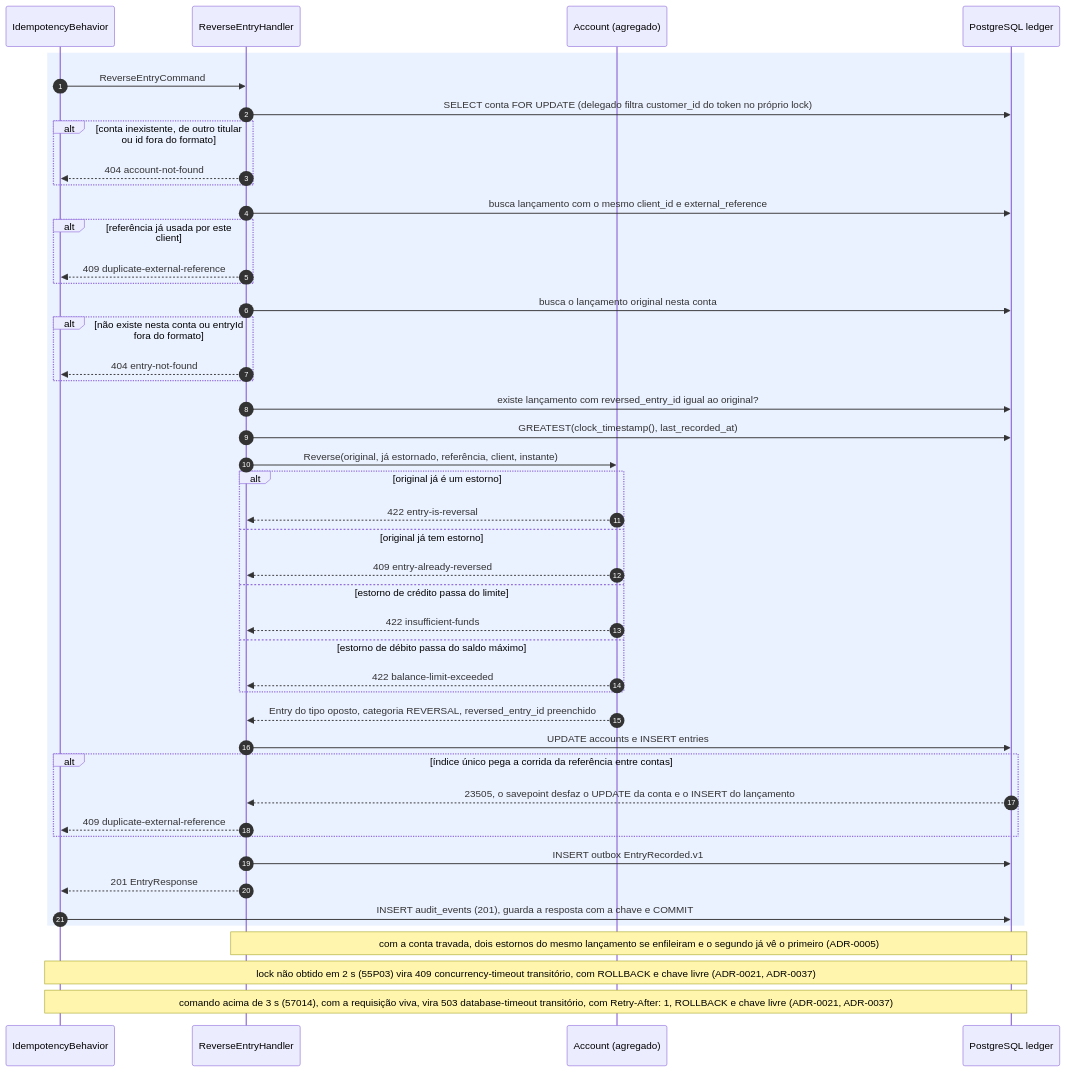
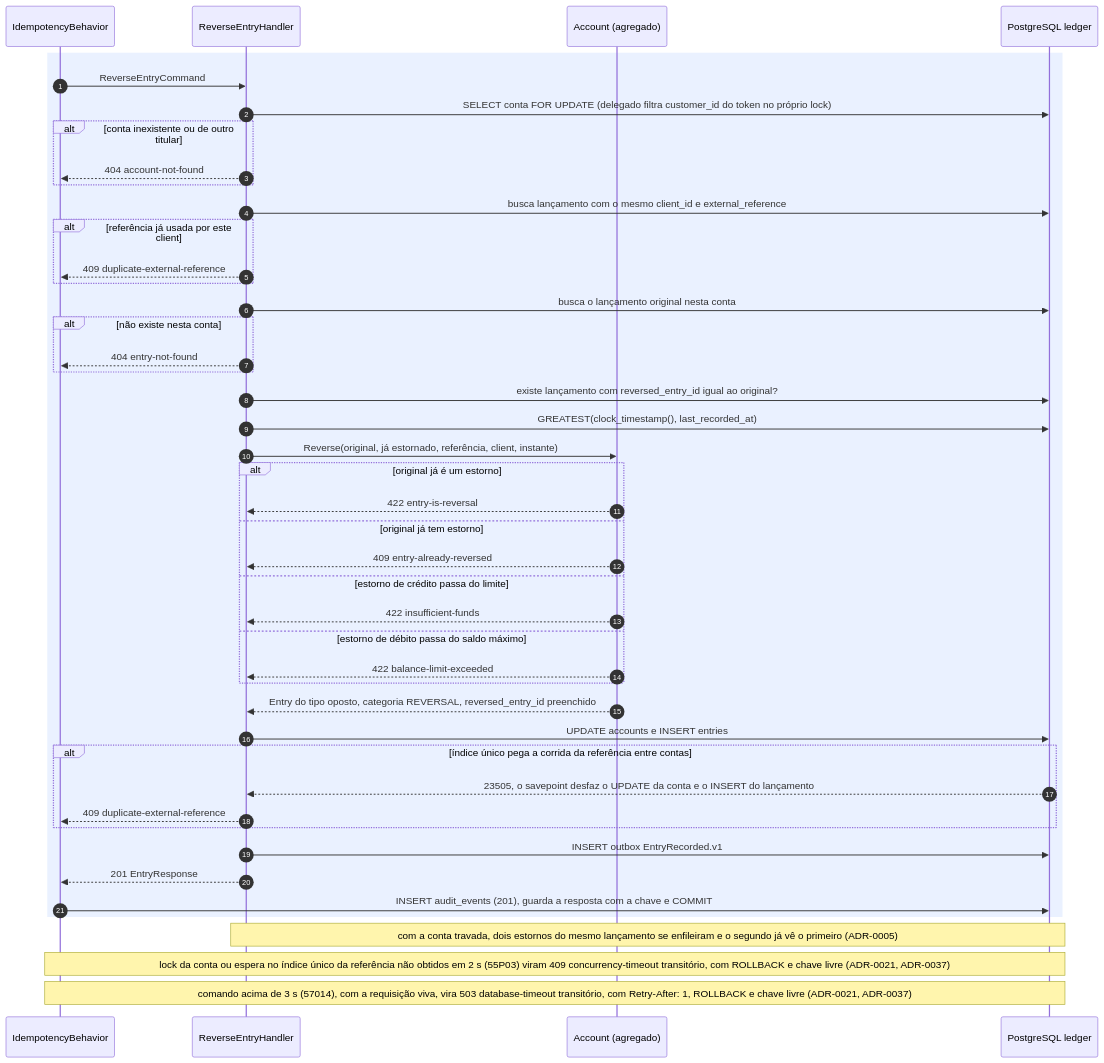
One commit to arthuurw/desafio-arquiteto-keyrus changed the second of 8 diagrams in docs/arquitetura/fluxos-ledger.md. Above: the diagram before and after it, drawn with Mermaid. The commit also changed other lines of this file and 8 other files, not shown here.

````diff
--- a/docs/arquitetura/fluxos-ledger.md
+++ b/docs/arquitetura/fluxos-ledger.md
@@ -76,48 +77,48 @@
 ```mermaid
 sequenceDiagram
   autonumber
   participant B as IdempotencyBehavior
   participant H as ReverseEntryHandler
   participant A as Account (agregado)
   participant DB as PostgreSQL ledger
 
   rect rgba(80, 140, 255, 0.12)
     B->>H: ReverseEntryCommand
     H->>DB: SELECT conta FOR UPDATE (delegado filtra customer_id do token no próprio lock)
-    alt conta inexistente, de outro titular ou id fora do formato
+    alt conta inexistente ou de outro titular
       H-->>B: 404 account-not-found
     end
     H->>DB: busca lançamento com o mesmo client_id e external_reference
     alt referência já usada por este client
       H-->>B: 409 duplicate-external-reference
     end
     H->>DB: busca o lançamento original nesta conta
-    alt não existe nesta conta ou entryId fora do formato
+    alt não existe nesta conta
       H-->>B: 404 entry-not-found
     end
     H->>DB: existe lançamento com reversed_entry_id igual ao original?
     H->>DB: GREATEST(clock_timestamp(), last_recorded_at)
     H->>A: Reverse(original, já estornado, referência, client, instante)
     alt original já é um estorno
       A-->>H: 422 entry-is-reversal
     else original já tem estorno
       A-->>H: 409 entry-already-reversed
     else estorno de crédito passa do limite
       A-->>H: 422 insufficient-funds
     else estorno de débito passa do saldo máximo
       A-->>H: 422 balance-limit-exceeded
     end
     A-->>H: Entry do tipo oposto, categoria REVERSAL, reversed_entry_id preenchido
     H->>DB: UPDATE accounts e INSERT entries
     alt índice único pega a corrida da referência entre contas
       DB-->>H: 23505, o savepoint desfaz o UPDATE da conta e o INSERT do lançamento
       H-->>B: 409 duplicate-external-reference
     end
     H->>DB: INSERT outbox EntryRecorded.v1
     H-->>B: 201 EntryResponse
     B->>DB: INSERT audit_events (201), guarda a resposta com a chave e COMMIT
   end
   Note over H,DB: com a conta travada, dois estornos do mesmo lançamento se enfileiram e o segundo já vê o primeiro (ADR-0005)
-  Note over B,DB: lock não obtido em 2 s (55P03) vira 409 concurrency-timeout transitório, com ROLLBACK e chave livre (ADR-0021, ADR-0037)
+  Note over B,DB: lock da conta ou espera no índice único da referência não obtidos em 2 s (55P03) viram 409 concurrency-timeout transitório, com ROLLBACK e chave livre (ADR-0021, ADR-0037)
   Note over B,DB: comando acima de 3 s (57014), com a requisição viva, vira 503 database-timeout transitório, com Retry-After: 1, ROLLBACK e chave livre (ADR-0021, ADR-0037)
 ```
````
